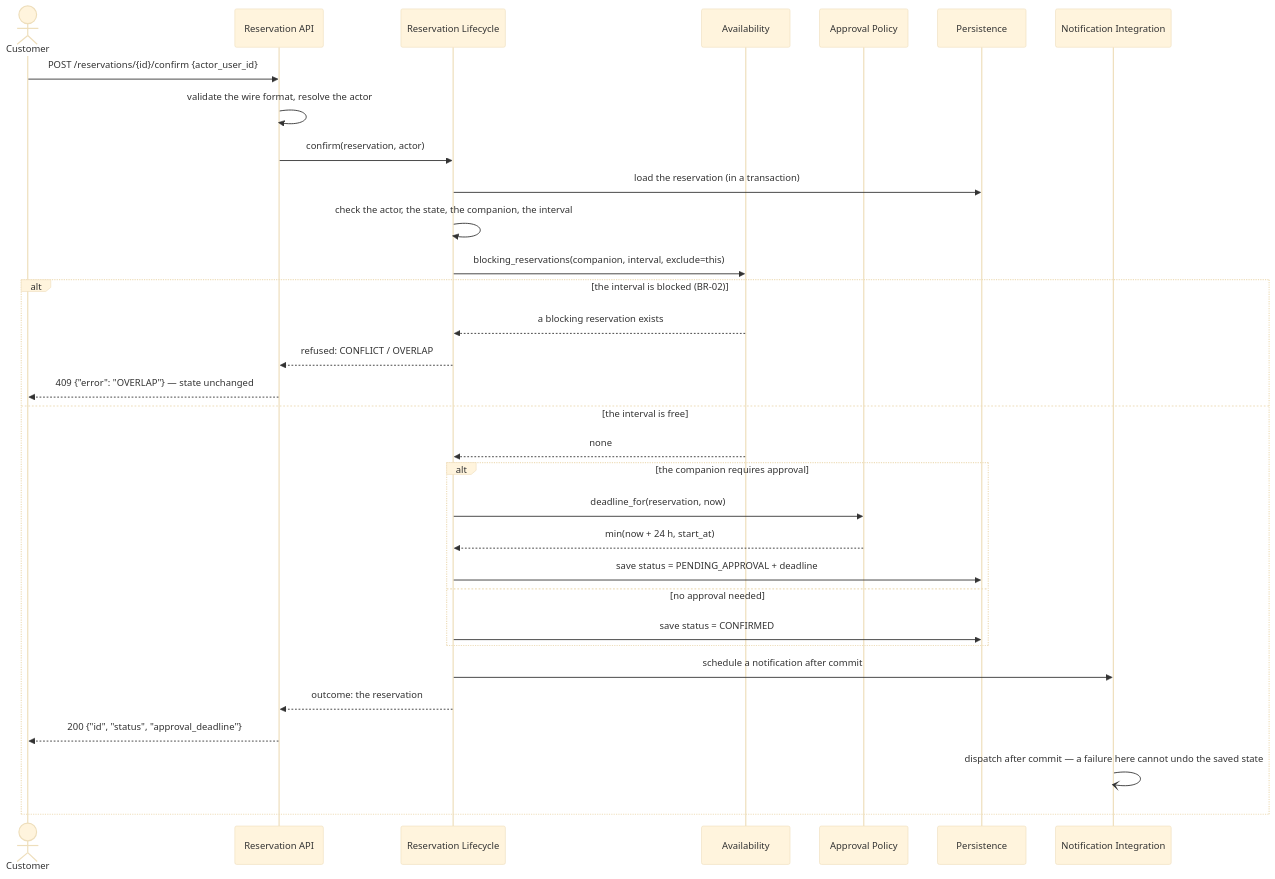
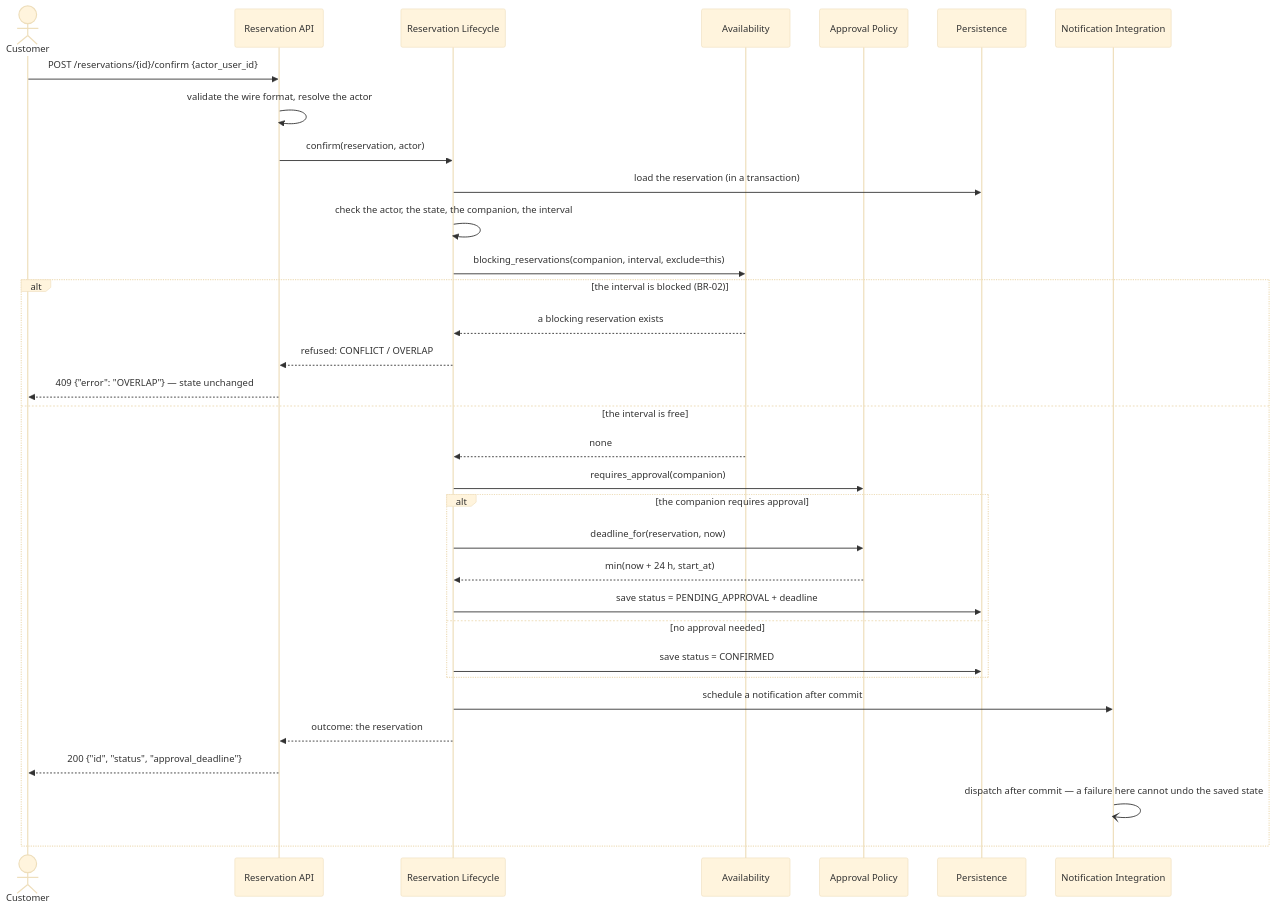
One commit to palcat13/SWI-Projekt changed the seventh of 10 diagrams in docs/architecture-and-decisions.md. Above: the diagram before and after it, drawn with Mermaid (base theme). The commit also changed other lines of this file and 11 other files, not shown here.

````diff
--- a/docs/architecture-and-decisions.md
+++ b/docs/architecture-and-decisions.md
@@ -678,36 +745,37 @@
 ```mermaid
 sequenceDiagram
   actor C as Customer
   participant API as Reservation API
   participant L as Reservation Lifecycle
   participant AV as Availability
   participant AP as Approval Policy
   participant P as Persistence
   participant N as Notification Integration
 
   C->>API: POST /reservations/{id}/confirm {actor_user_id}
   API->>API: validate the wire format, resolve the actor
   API->>L: confirm(reservation, actor)
   L->>P: load the reservation (in a transaction)
   L->>L: check the actor, the state, the companion, the interval
   L->>AV: blocking_reservations(companion, interval, exclude=this)
 
   alt the interval is blocked (BR-02)
     AV-->>L: a blocking reservation exists
     L-->>API: refused: CONFLICT / OVERLAP
     API-->>C: 409 {"error": "OVERLAP"} — state unchanged
   else the interval is free
     AV-->>L: none
+    L->>AP: requires_approval(companion)
     alt the companion requires approval
       L->>AP: deadline_for(reservation, now)
       AP-->>L: min(now + 24 h, start_at)
       L->>P: save status = PENDING_APPROVAL + deadline
     else no approval needed
       L->>P: save status = CONFIRMED
     end
     L->>N: schedule a notification after commit
     L-->>API: outcome: the reservation
     API-->>C: 200 {"id", "status", "approval_deadline"}
     N-)N: dispatch after commit — a failure here cannot undo the saved state
   end
 ```
````
